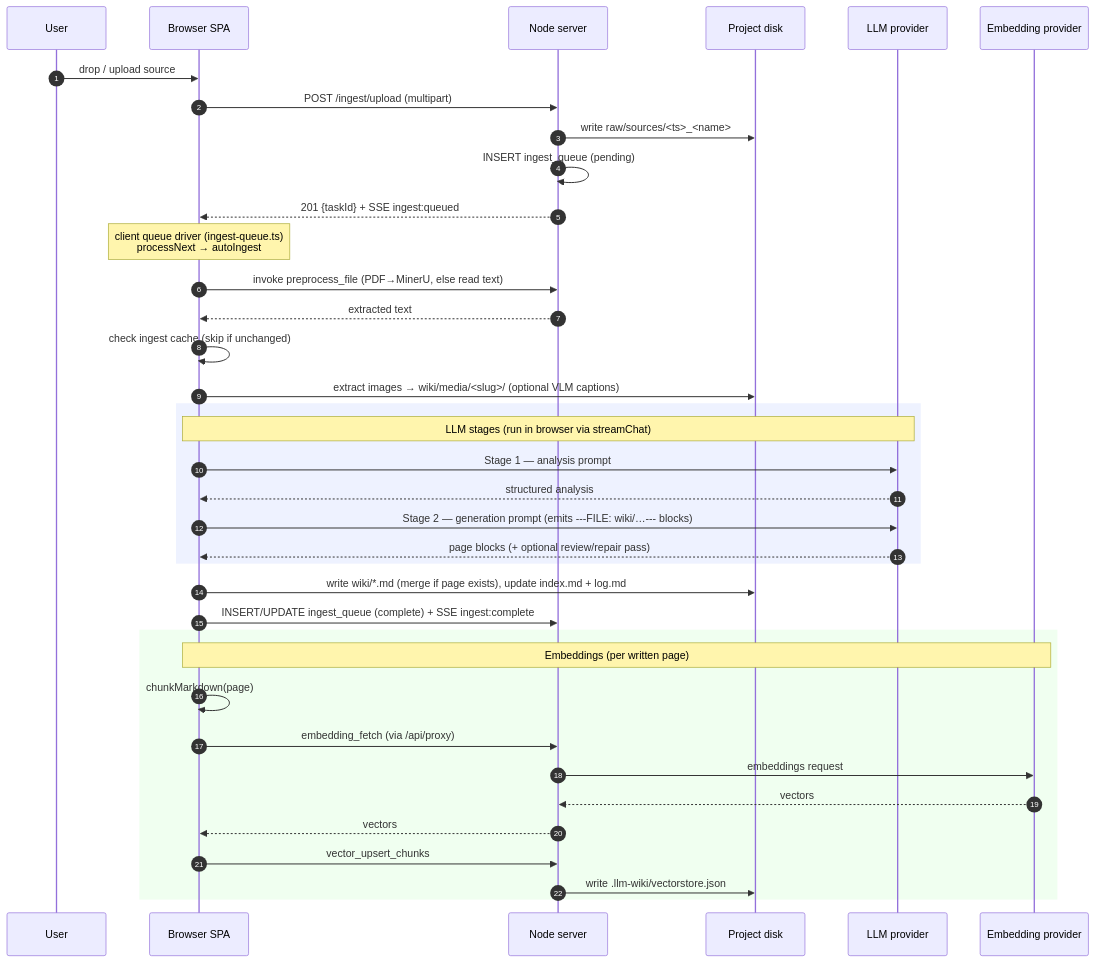
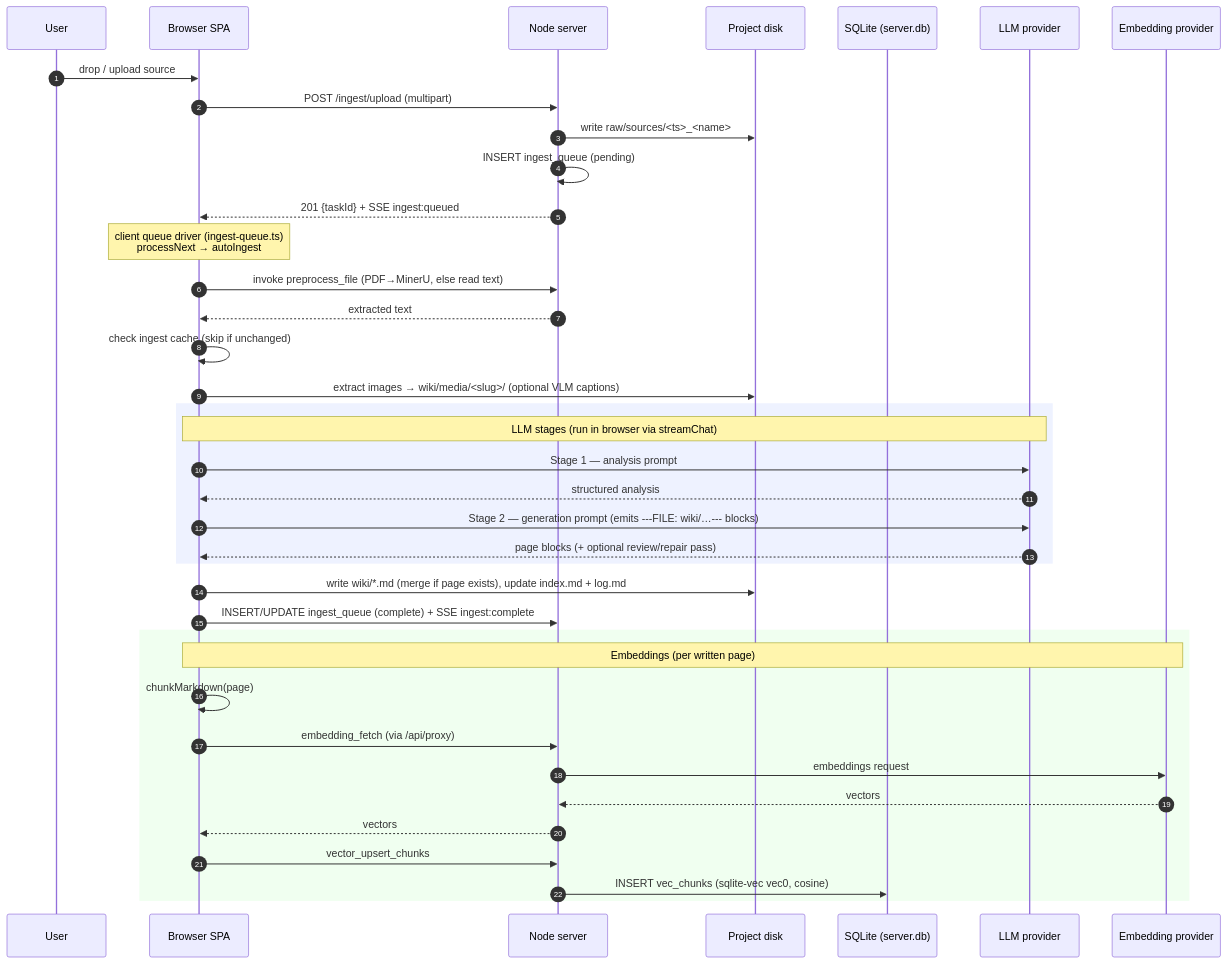
The second of 3 diagrams in docs/PUSH1_ACTUAL_ARCHITECTURE.md (nashsu/llm_wiki), drawn with Mermaid before and after one commit. The commit also changed other lines of this file and 13 other files, not shown here.

````diff
--- a/docs/PUSH1_ACTUAL_ARCHITECTURE.md
+++ b/docs/PUSH1_ACTUAL_ARCHITECTURE.md
@@ -162,44 +174,45 @@
 ```mermaid
 sequenceDiagram
   autonumber
   participant U as User
   participant SPA as Browser SPA
   participant SRV as Node server
   participant FS as Project disk
+  participant DB as SQLite (server.db)
   participant LLM as LLM provider
   participant EMB as Embedding provider
 
   U->>SPA: drop / upload source
   SPA->>SRV: POST /ingest/upload (multipart)
   SRV->>FS: write raw/sources/<ts>_<name>
   SRV->>SRV: INSERT ingest_queue (pending)
   SRV-->>SPA: 201 {taskId} + SSE ingest:queued
 
   Note over SPA: client queue driver (ingest-queue.ts)<br/>processNext → autoIngest
   SPA->>SRV: invoke preprocess_file (PDF→MinerU, else read text)
   SRV-->>SPA: extracted text
   SPA->>SPA: check ingest cache (skip if unchanged)
   SPA->>FS: extract images → wiki/media/<slug>/ (optional VLM captions)
 
   rect rgb(238,242,255)
   Note over SPA,LLM: LLM stages (run in browser via streamChat)
   SPA->>LLM: Stage 1 — analysis prompt
   LLM-->>SPA: structured analysis
   SPA->>LLM: Stage 2 — generation prompt (emits ---FILE: wiki/…--- blocks)
   LLM-->>SPA: page blocks (+ optional review/repair pass)
   end
 
   SPA->>FS: write wiki/*.md (merge if page exists), update index.md + log.md
   SPA->>SRV: INSERT/UPDATE ingest_queue (complete) + SSE ingest:complete
 
   rect rgb(240,255,240)
   Note over SPA,EMB: Embeddings (per written page)
   SPA->>SPA: chunkMarkdown(page)
   SPA->>SRV: embedding_fetch (via /api/proxy)
   SRV->>EMB: embeddings request
   EMB-->>SRV: vectors
   SRV-->>SPA: vectors
   SPA->>SRV: vector_upsert_chunks
-  SRV->>FS: write .llm-wiki/vectorstore.json
+  SRV->>DB: INSERT vec_chunks (sqlite-vec vec0, cosine)
   end
 ```
````
